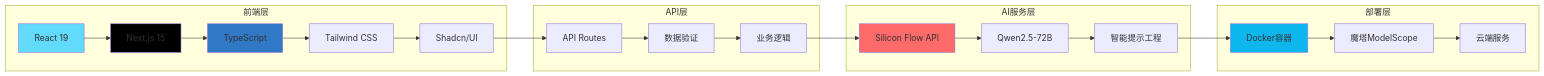
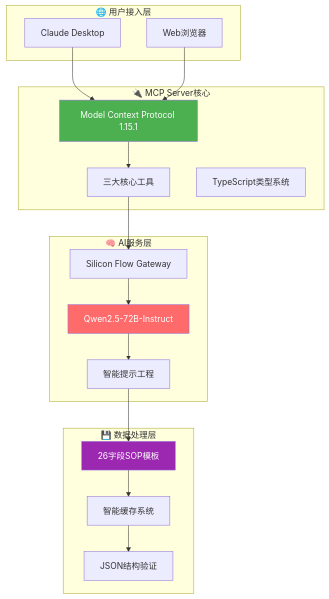
One commit to JasonRobertDestiny/VibeDocs changed the third of 3 diagrams in README.md. Above: the diagram before and after it, drawn with Mermaid. The commit also changed other lines of this file and 14 other files, not shown here.

````diff
--- a/README.md
+++ b/README.md
@@ -87,34 +208,39 @@
 ```mermaid
-graph LR
-    subgraph "前端层"
-        A[React 19] --> B[Next.js 15]
-        B --> C[TypeScript]
-        C --> D[Tailwind CSS]
-        D --> E[Shadcn/UI]
+graph TB
+    subgraph "🌐 用户接入层"
+        A[Claude Desktop] 
+        B[Web浏览器]
     end
     
-    subgraph "API层"
-        F[API Routes] --> G[数据验证]
-        G --> H[业务逻辑]
+    subgraph "🔌 MCP Server核心"
+        C[Model Context Protocol 1.15.1]
+        D[三大核心工具]
+        E[TypeScript类型系统]
     end
     
-    subgraph "AI服务层"
-        I[Silicon Flow API] --> J[Qwen2.5-72B]
-        J --> K[智能提示工程]
+    subgraph "🧠 AI服务层"
+        F[Silicon Flow Gateway]
+        G[Qwen2.5-72B-Instruct]
+        H[智能提示工程]
     end
     
-    subgraph "部署层"
-        L[Docker容器] --> M[魔塔ModelScope]
-        M --> N[云端服务]
+    subgraph "💾 数据处理层"
+        I[26字段SOP模板]
+        J[智能缓存系统]
+        K[JSON结构验证]
     end
     
-    E --> F
+    A --> C
+    B --> C
+    C --> D
+    D --> F
+    F --> G
+    G --> H
     H --> I
-    K --> L
+    I --> J
+    J --> K
     
-    style A fill:#61dafb
-    style B fill:#000000
-    style C fill:#3178c6
-    style I fill:#ff6b6b
-    style L fill:#0db7ed
+    style C fill:#4CAF50,color:#fff
+    style G fill:#FF6B6B,color:#fff
+    style I fill:#9C27B0,color:#fff
 ```
````
